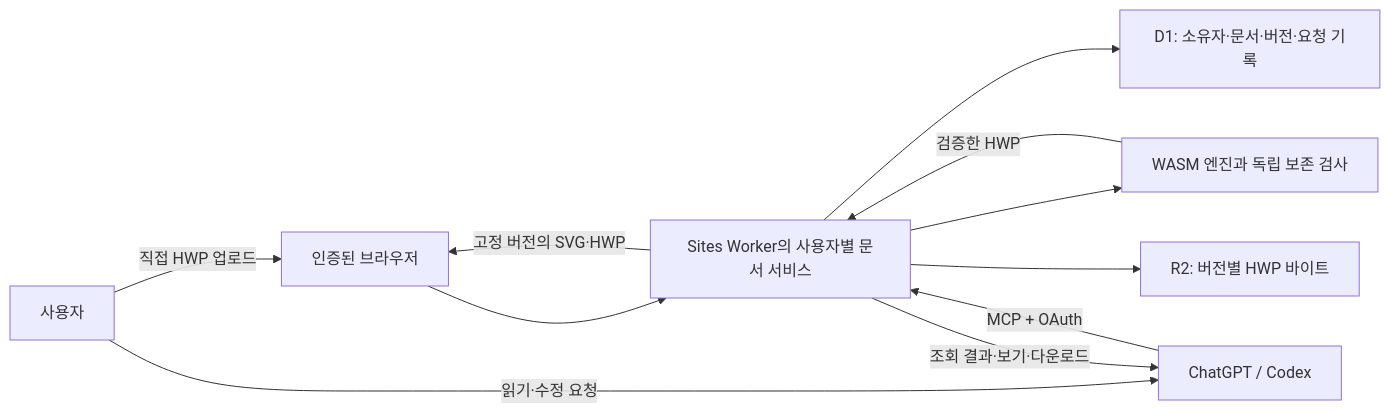
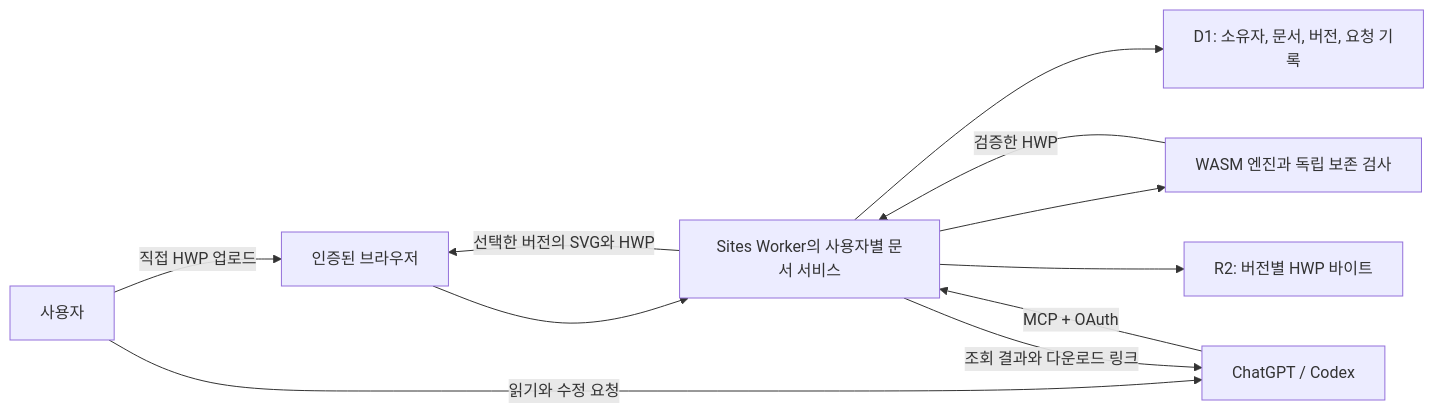
Before and after one commit to spark142857142857/hwp-easy: the diagram in docs/architecture.md, drawn with Mermaid. The commit also changed other lines of this file and 28 other files, not shown here.

````diff
--- a/docs/architecture.md
+++ b/docs/architecture.md
@@ -7,13 +7,13 @@
 ```mermaid
 flowchart LR
   U[사용자] -->|직접 HWP 업로드| B[인증된 브라우저]
-  U -->|읽기·수정 요청| A[ChatGPT / Codex]
+  U -->|읽기와 수정 요청| A[ChatGPT / Codex]
   A -->|MCP + OAuth| H[Sites Worker의 사용자별 문서 서비스]
   B --> H
   H --> E[WASM 엔진과 독립 보존 검사]
-  H --> D[D1: 소유자·문서·버전·요청 기록]
+  H --> D[D1: 소유자, 문서, 버전, 요청 기록]
   H --> R[R2: 버전별 HWP 바이트]
   E -->|검증한 HWP| H
-  H -->|조회 결과·보기·다운로드| A
-  H -->|고정 버전의 SVG·HWP| B
+  H -->|조회 결과와 다운로드 링크| A
+  H -->|선택한 버전의 SVG와 HWP| B
 ```
````
